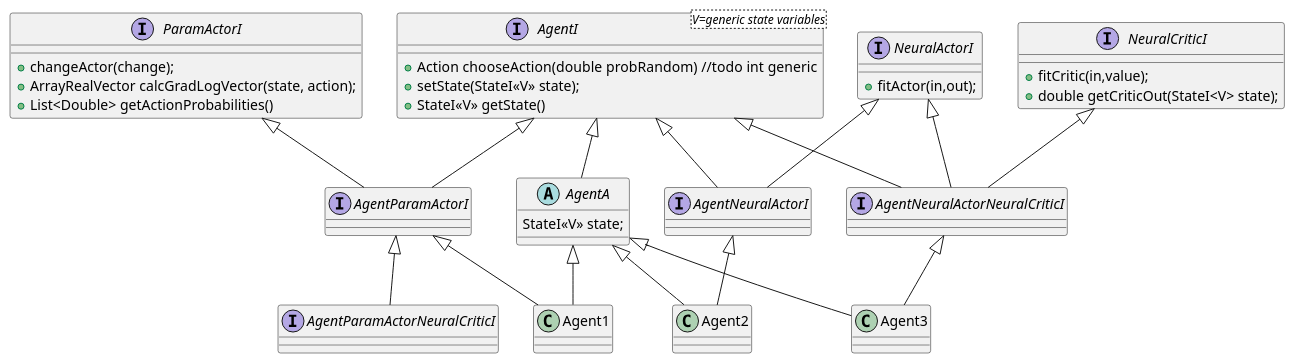
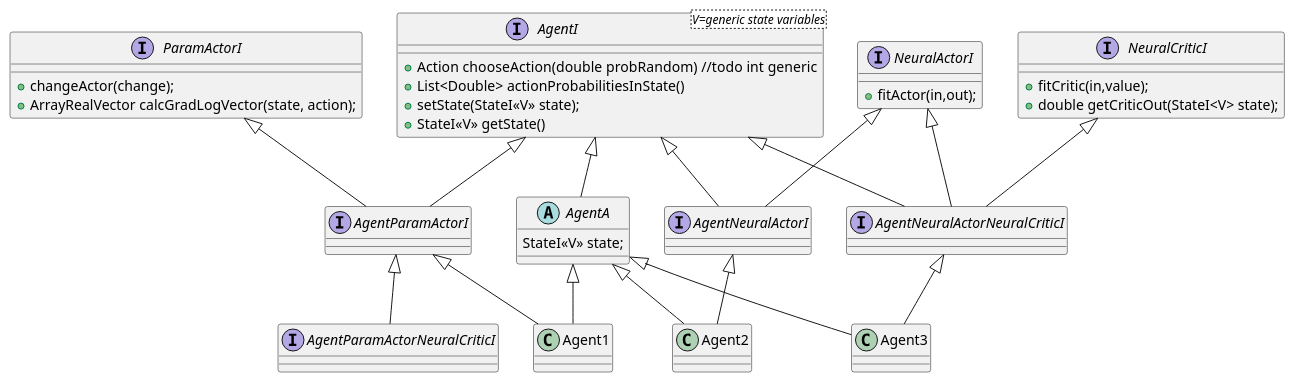
One commit to JonasHellgren/MachineLearning changed the diagram in src/main/java/policy_gradient_problems/documentation/class_diagrams/agent.puml. Above: the diagram before and after it, drawn with PlantUML. The commit also changed 90 other files, not shown here.

```diff
--- a/src/main/java/policy_gradient_problems/documentation/class_diagrams/agent.puml
+++ b/src/main/java/policy_gradient_problems/documentation/class_diagrams/agent.puml
@@ -1,55 +1,56 @@
 @startuml
 'https://plantuml.com/class-diagram
 
 interface AgentI<V=generic state variables> {
 + Action chooseAction(double probRandom)  //todo int generic
++ List<Double> actionProbabilitiesInState()
 + setState(StateI<<V>> state);
 + StateI<<V>> getState()
 '/ + double readValue(StateI<<V>> state);  //todo needed?
 }
 
 interface ParamActorI {
 + changeActor(change);
 + ArrayRealVector calcGradLogVector(state, action);
-+ List<Double> getActionProbabilities()
+
 }
 
 
 interface NeuralActorI {
 + fitActor(in,out);
 }
 
 
 interface NeuralCriticI {
 + fitCritic(in,value);
 + double getCriticOut(StateI<V> state);
 }
 
 
 interface AgentParamActorI extends AgentI, ParamActorI {
 }
 
 interface AgentNeuralActorI extends AgentI, NeuralActorI {
 }
 
 interface AgentNeuralActorNeuralCriticI extends AgentI, NeuralActorI, NeuralCriticI {
 }
 
 interface AgentParamActorNeuralCriticI extends AgentParamActorI {
 }
 
 abstract class AgentA extends AgentI {
     StateI<<V>> state;
 }
 
 
 AgentA  <|-- Agent1
 AgentA  <|-- Agent2
 AgentA  <|-- Agent3
 AgentParamActorI  <|-- Agent1
 AgentNeuralActorI  <|-- Agent2
 AgentNeuralActorNeuralCriticI <|-- Agent3
 
 
 
 @enduml
```
